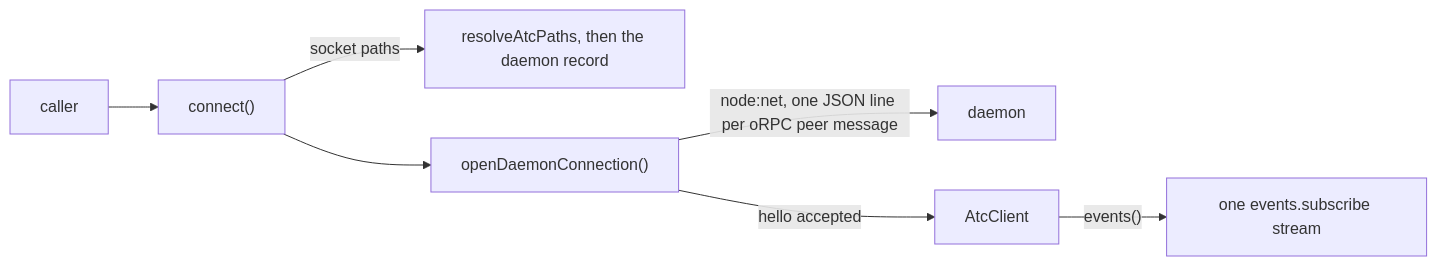
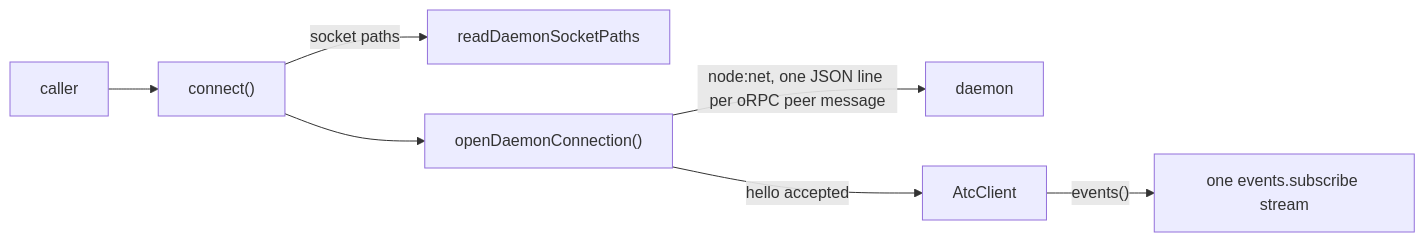
The diagram in docs/design/atcx-client/client.md (zgeoff/atc), drawn with Mermaid before and after one commit. The commit also changed other lines of this file and 4 other files, not shown here.

````diff
--- a/docs/design/atcx-client/client.md
+++ b/docs/design/atcx-client/client.md
@@ -9,9 +13,9 @@
 ```mermaid
 flowchart LR
   caller --> connect["connect()"]
-  connect -->|"socket paths"| paths["resolveAtcPaths, then the daemon record"]
+  connect -->|"socket paths"| paths["readDaemonSocketPaths"]
   connect --> open["openDaemonConnection()"]
   open -->|"node:net, one JSON line per oRPC peer message"| daemon
   open -->|"hello accepted"| client[AtcClient]
   client -->|"events()"| stream["one events.subscribe stream"]
 ```
````
